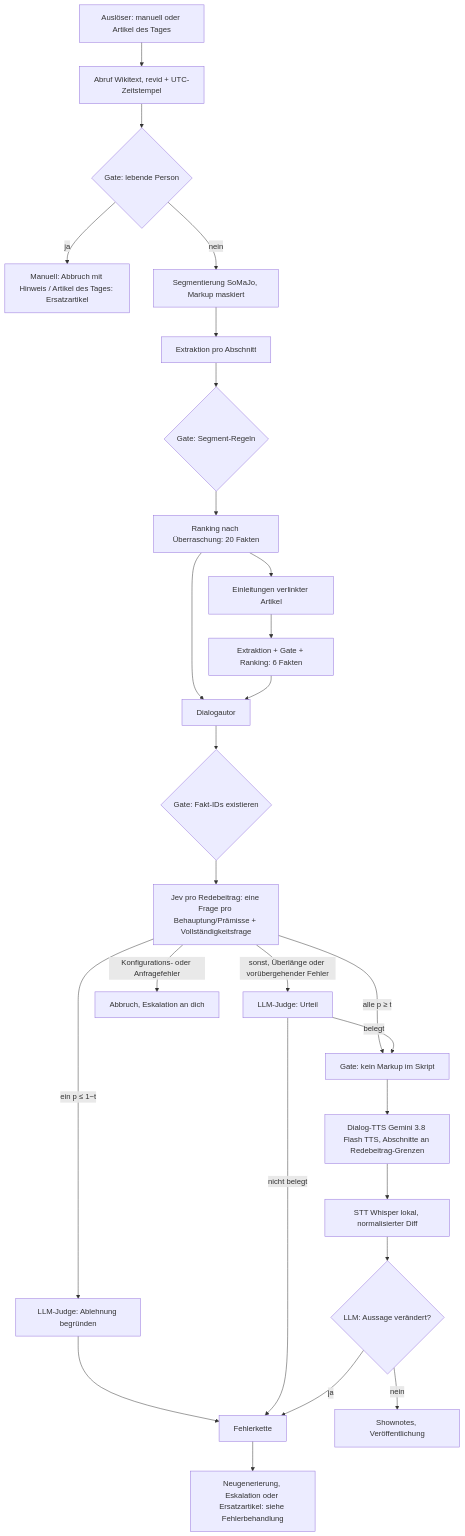
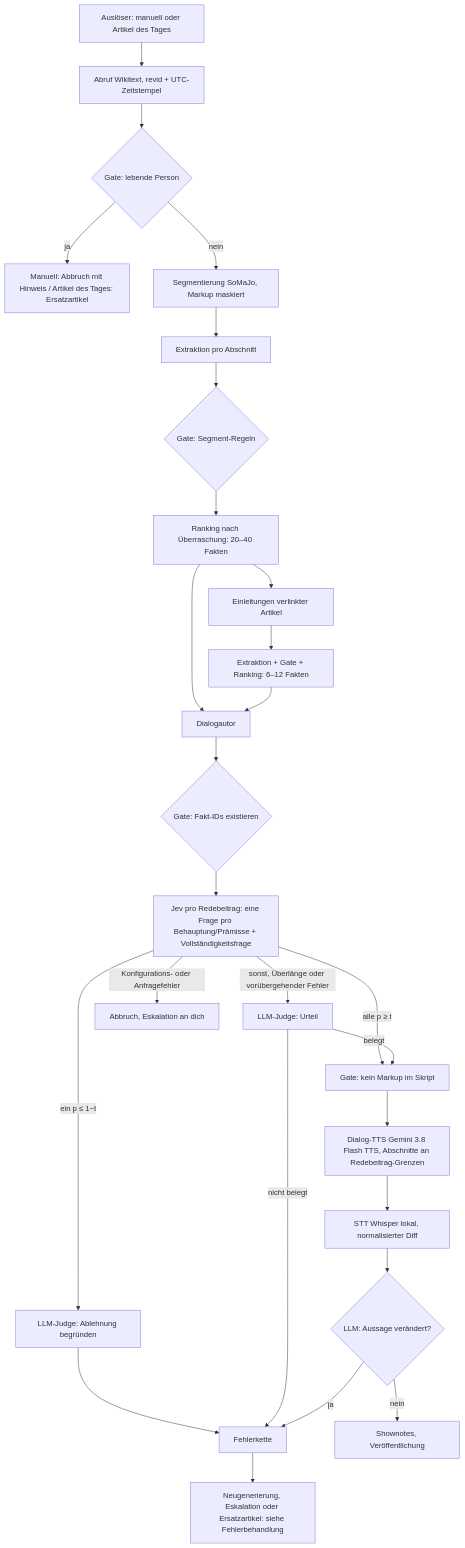
One commit to FOURTEEN-AI/gut-zu-wissen changed the diagram in docs/wikipedia-podcast-pipeline.md. Above: the diagram before and after it, drawn with Mermaid. The commit also changed other lines of this file and 6 other files, not shown here.

````diff
--- a/docs/wikipedia-podcast-pipeline.md
+++ b/docs/wikipedia-podcast-pipeline.md
@@ -19,29 +19,29 @@
 ```mermaid
 flowchart TD
     T[Auslöser: manuell oder Artikel des Tages] --> A[Abruf Wikitext, revid + UTC-Zeitstempel]
     A --> GP{Gate: lebende Person}
     GP -- ja --> FP[Manuell: Abbruch mit Hinweis / Artikel des Tages: Ersatzartikel]
     GP -- nein --> S[Segmentierung SoMaJo, Markup maskiert]
     S --> X[Extraktion pro Abschnitt]
     X --> G1{Gate: Segment-Regeln}
-    G1 --> R[Ranking nach Überraschung: 20 Fakten]
+    G1 --> R[Ranking nach Überraschung: 20–40 Fakten]
     R --> L[Einleitungen verlinkter Artikel]
-    L --> X2[Extraktion + Gate + Ranking: 6 Fakten]
+    L --> X2[Extraktion + Gate + Ranking: 6–12 Fakten]
     R --> D[Dialogautor]
     X2 --> D
     D --> G2{Gate: Fakt-IDs existieren}
     G2 --> J[Jev pro Redebeitrag: eine Frage pro Behauptung/Prämisse + Vollständigkeitsfrage]
     J -- "alle p ≥ t" --> M[Gate: kein Markup im Skript]
     J -- "ein p ≤ 1−t" --> JB[LLM-Judge: Ablehnung begründen]
     JB --> F[Fehlerkette]
     J -- "sonst, Überlänge oder vorübergehender Fehler" --> J2[LLM-Judge: Urteil]
     J -- Konfigurations- oder Anfragefehler --> AB[Abbruch, Eskalation an dich]
     J2 -- nicht belegt --> F
     J2 -- belegt --> M
     M --> TTS[Dialog-TTS Gemini 3.8 Flash TTS, Abschnitte an Redebeitrag-Grenzen]
     TTS --> STT[STT Whisper lokal, normalisierter Diff]
     STT --> Q{LLM: Aussage verändert?}
     Q -- ja --> F
     Q -- nein --> P[Shownotes, Veröffentlichung]
     F --> FT[Neugenerierung, Eskalation oder Ersatzartikel: siehe Fehlerbehandlung]
 ```
````
